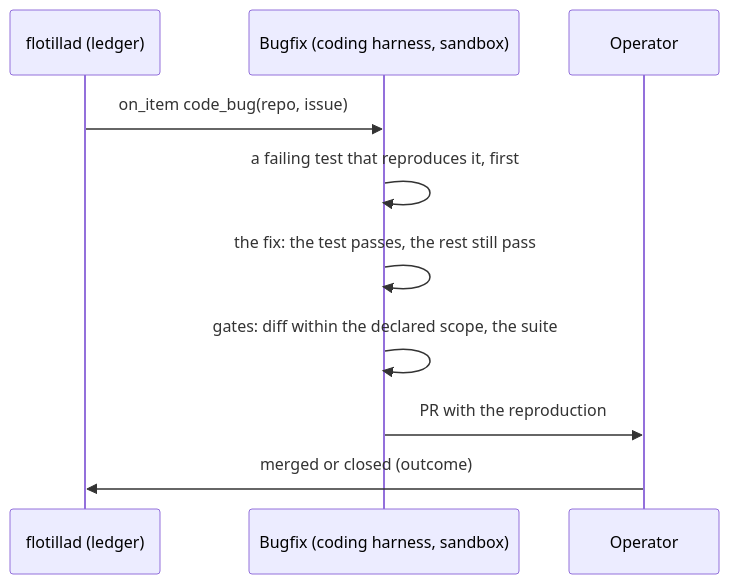
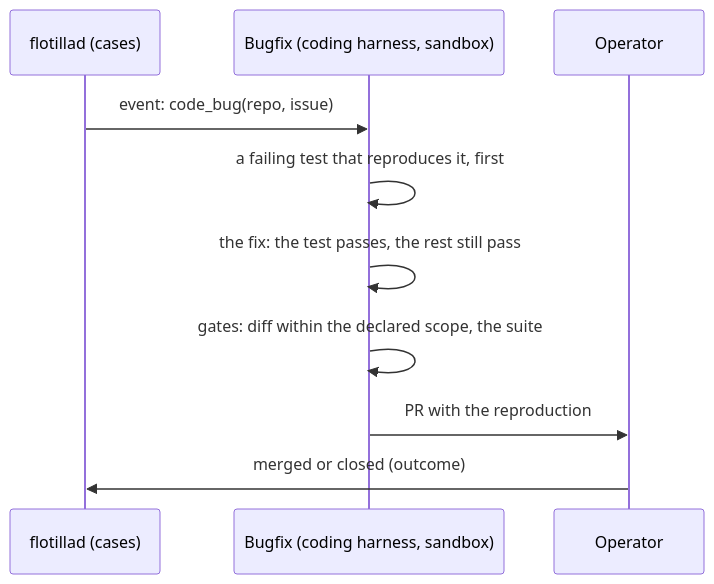
One commit to chipi/flotilla changed the seventh of 7 diagrams in docs/rfc/RFC-0004-agent-pipeline.md. Above: the diagram before and after it, drawn with Mermaid. The commit also changed other lines of this file, not shown here.

````diff
--- a/docs/rfc/RFC-0004-agent-pipeline.md
+++ b/docs/rfc/RFC-0004-agent-pipeline.md
@@ -519,12 +457,12 @@
 ```mermaid
 sequenceDiagram
-    participant F as flotillad (ledger)
+    participant F as flotillad (cases)
     participant B as Bugfix (coding harness, sandbox)
     participant Op as Operator
-    F->>B: on_item code_bug(repo, issue)
+    F->>B: event: code_bug(repo, issue)
     B->>B: a failing test that reproduces it, first
     B->>B: the fix: the test passes, the rest still pass
     B->>B: gates: diff within the declared scope, the suite
     B->>Op: PR with the reproduction
     Op->>F: merged or closed (outcome)
 ```
````
